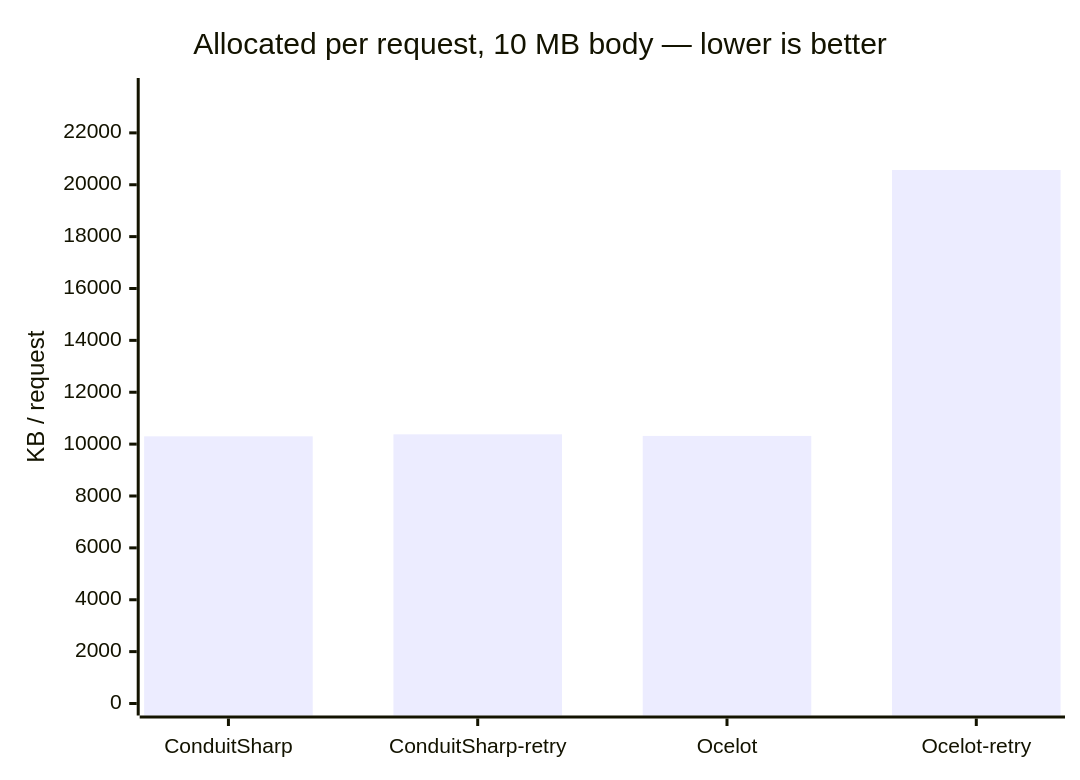
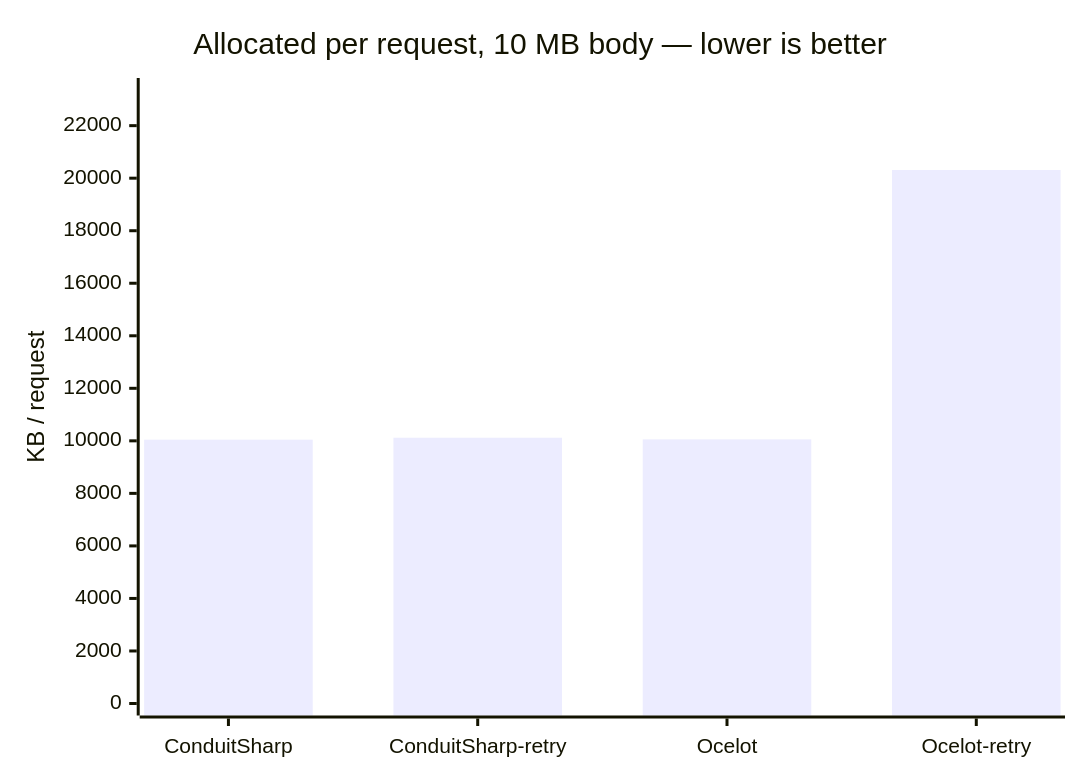
The fifth of 8 diagrams in README.md (liqngliz/ConduitSharp), drawn with Mermaid before and after one commit. The commit also changed other lines of this file and 1 other file, not shown here.

````diff
--- a/README.md
+++ b/README.md
@@ -137,7 +137,7 @@
 ```mermaid
 xychart-beta
     title "Allocated per request, 10 MB body — lower is better"
     x-axis ["ConduitSharp", "ConduitSharp-retry", "Ocelot", "Ocelot-retry"]
-    y-axis "KB / request" 0 --> 23652.68
-    bar [10301.08, 10377.30, 10315.02, 20567.55]
+    y-axis "KB / request" 0 --> 23357.45
+    bar [10043.69, 10118.78, 10056.69, 20310.83]
 ```
````
